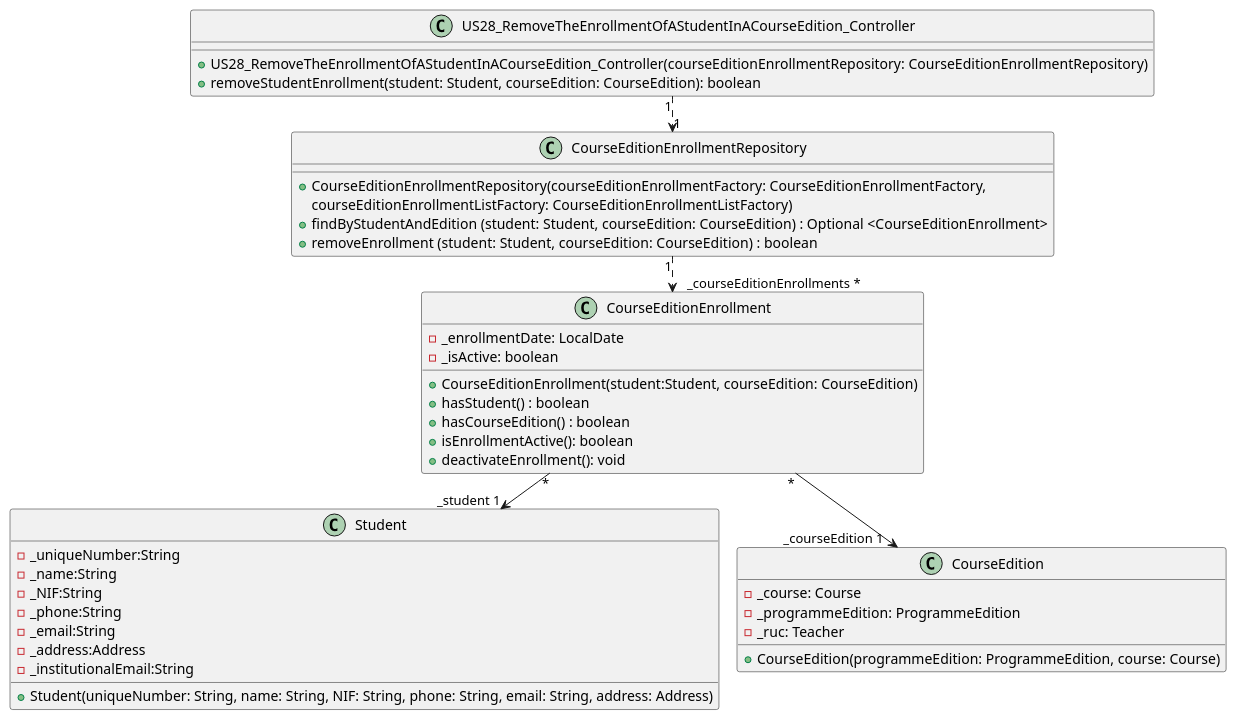
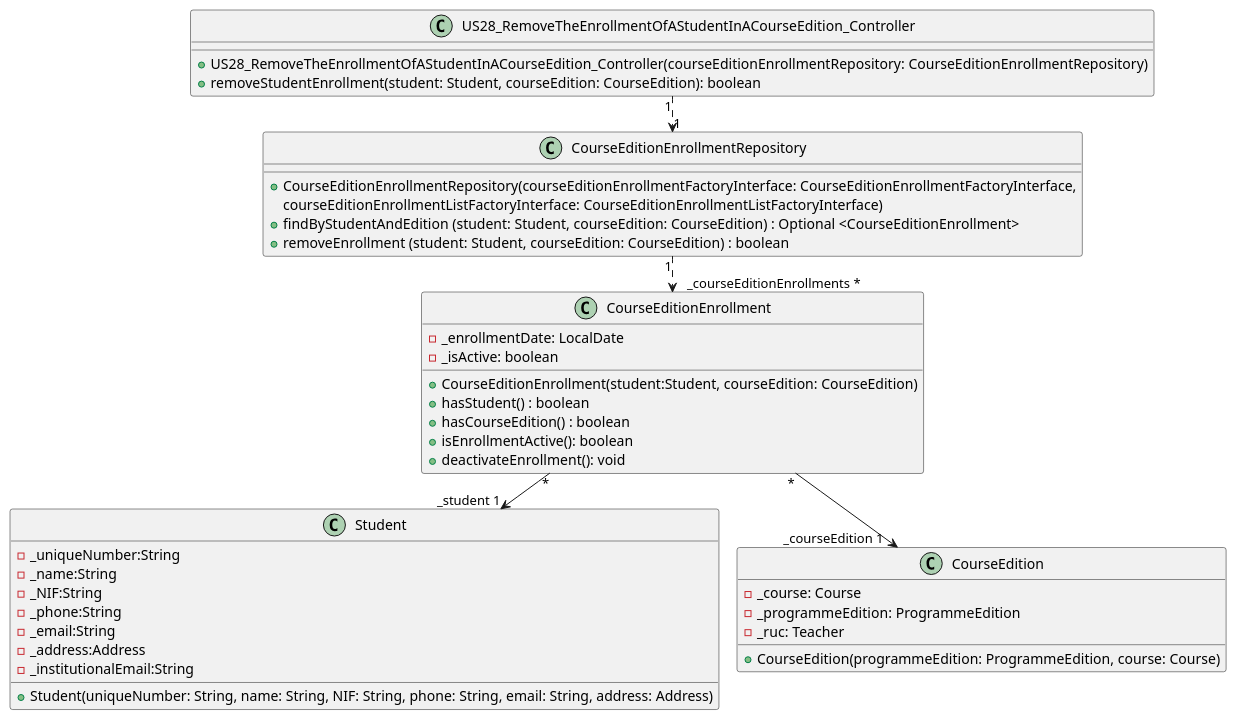
The diagram in docs/US28/US28_RemoveTheEnrollmentOfAStudentInACourseEdition_ClassDiagramSimplified.puml (GasparISEP/DevOps-PAI), drawn with PlantUML before and after one commit. The commit also changed 1 other file, not shown here.

Commit message:
Fix class relationships and cardinalities in US28_ClassDiagram and US28_ClassDiagramSimplified

```diff
--- a/docs/US28/US28_RemoveTheEnrollmentOfAStudentInACourseEdition_ClassDiagramSimplified.puml
+++ b/docs/US28/US28_RemoveTheEnrollmentOfAStudentInACourseEdition_ClassDiagramSimplified.puml
@@ -1,51 +1,51 @@
 @startuml
 !pragma layout smetana
 
 class US28_RemoveTheEnrollmentOfAStudentInACourseEdition_Controller {
     +US28_RemoveTheEnrollmentOfAStudentInACourseEdition_Controller(courseEditionEnrollmentRepository: CourseEditionEnrollmentRepository)
     +removeStudentEnrollment(student: Student, courseEdition: CourseEdition): boolean
 }
 
 class CourseEditionEnrollment {
     -_enrollmentDate: LocalDate
     -_isActive: boolean
     +CourseEditionEnrollment(student:Student, courseEdition: CourseEdition)
     +hasStudent() : boolean
     +hasCourseEdition() : boolean
     +isEnrollmentActive(): boolean
     +deactivateEnrollment(): void
 }
 
 class CourseEditionEnrollmentRepository {
-    +CourseEditionEnrollmentRepository(courseEditionEnrollmentFactory: CourseEditionEnrollmentFactory,
-    courseEditionEnrollmentListFactory: CourseEditionEnrollmentListFactory)
+     +CourseEditionEnrollmentRepository(courseEditionEnrollmentFactoryInterface: CourseEditionEnrollmentFactoryInterface,
+        courseEditionEnrollmentListFactoryInterface: CourseEditionEnrollmentListFactoryInterface)
     +findByStudentAndEdition (student: Student, courseEdition: CourseEdition) : Optional <CourseEditionEnrollment>
     +removeEnrollment (student: Student, courseEdition: CourseEdition) : boolean
 }
 
 class Student {
     -_uniqueNumber:String
     -_name:String
     -_NIF:String
     -_phone:String
     -_email:String
     -_address:Address
     -_institutionalEmail:String
     +Student(uniqueNumber: String, name: String, NIF: String, phone: String, email: String, address: Address)
 }
 
 class CourseEdition {
     -_course: Course
     -_programmeEdition: ProgrammeEdition
     -_ruc: Teacher
     +CourseEdition(programmeEdition: ProgrammeEdition, course: Course)
 }
 
 
 
 CourseEditionEnrollment "*" --> "_student 1" Student
 CourseEditionEnrollment "*" --> "_courseEdition 1    " CourseEdition
 CourseEditionEnrollmentRepository"1"..> "    _courseEditionEnrollments *  "CourseEditionEnrollment
 US28_RemoveTheEnrollmentOfAStudentInACourseEdition_Controller "1" ..> "1 " CourseEditionEnrollmentRepository
 
 @enduml
```
